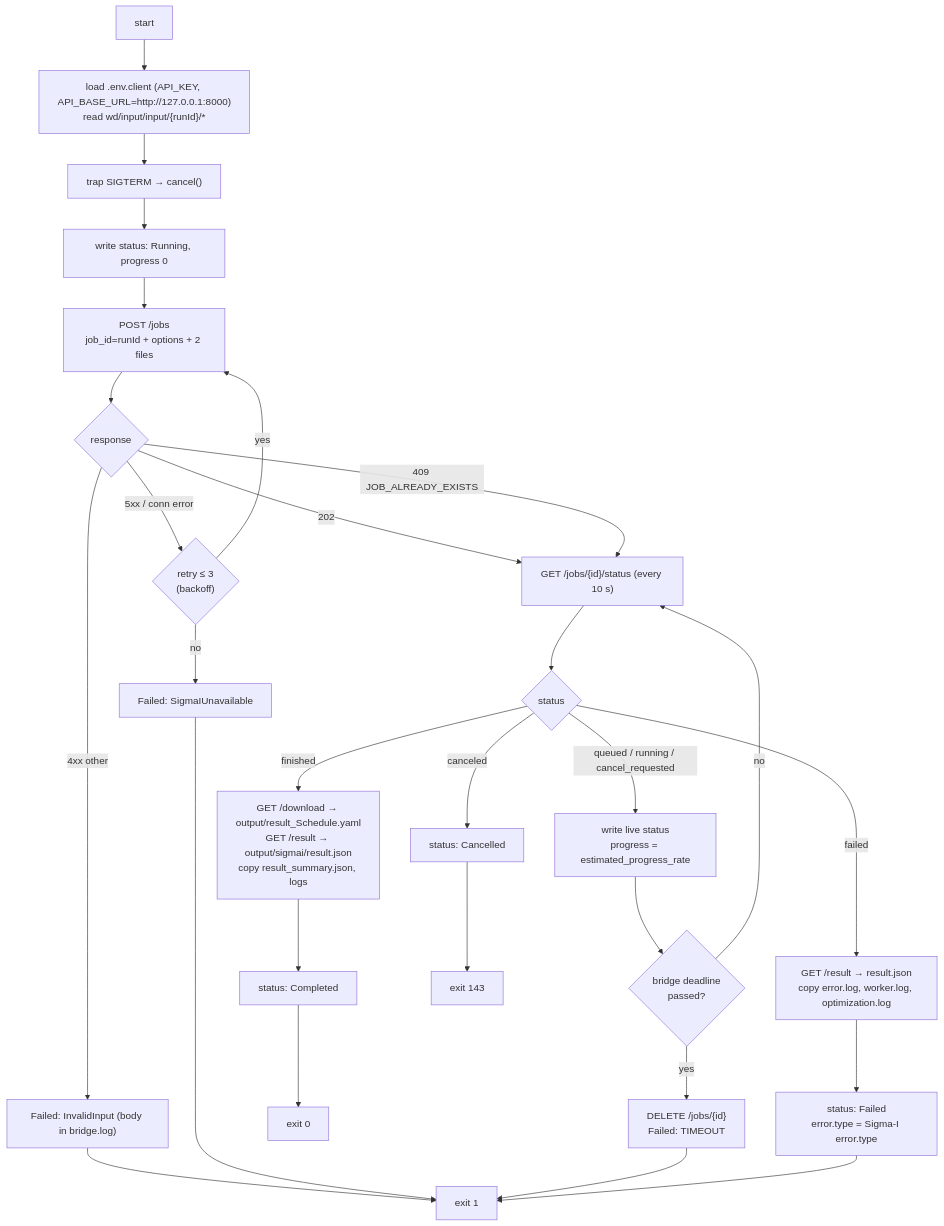
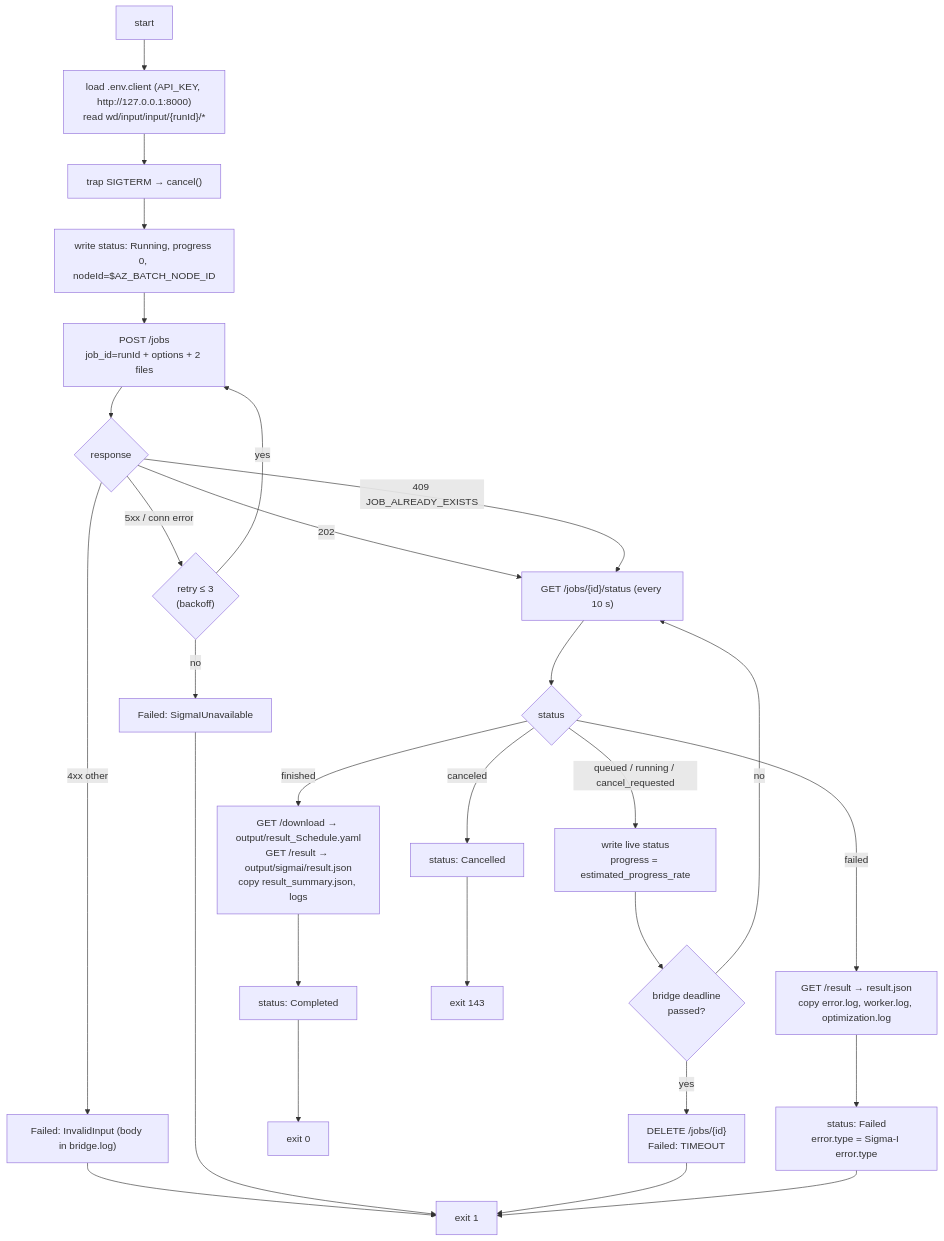
Before and after one commit to WhiTeXCharGe/TF_Testing: the seventh of 10 diagrams in SigmaI/SigmaI_Azure_DetailedDesign20261013.md, drawn with Mermaid. The commit also changed other lines of this file and 2 other files, not shown here.

````diff
--- a/SigmaI/SigmaI_Azure_DetailedDesign20261013.md
+++ b/SigmaI/SigmaI_Azure_DetailedDesign20261013.md
@@ -335,21 +573,21 @@
 ```mermaid
 flowchart TD
-    S["start"] --> L["load .env.client (API_KEY, API_BASE_URL=http://127.0.0.1:8000)<br/>read wd/input/input/{runId}/*"]
+    S["start"] --> L["load .env.client (API_KEY, http://127.0.0.1:8000)<br/>read wd/input/input/{runId}/*"]
     L --> T["trap SIGTERM → cancel()"]
-    T --> R0["write status: Running, progress 0"]
+    T --> R0["write status: Running, progress 0, nodeId=$AZ_BATCH_NODE_ID"]
     R0 --> P["POST /jobs<br/>job_id=runId + options + 2 files"]
     P --> P1{"response"}
     P1 -- "202" --> POLL
     P1 -- "409 JOB_ALREADY_EXISTS" --> POLL
     P1 -- "4xx other" --> FV["Failed: InvalidInput (body in bridge.log)"] --> X1["exit 1"]
     P1 -- "5xx / conn error" --> RETRY{"retry ≤ 3<br/>(backoff)"}
     RETRY -- yes --> P
     RETRY -- no --> FS["Failed: SigmaIUnavailable"] --> X1
     POLL["GET /jobs/{id}/status (every 10 s)"] --> M{"status"}
     M -- "queued / running / cancel_requested" --> U["write live status<br/>progress = estimated_progress_rate"] --> DL{"bridge deadline<br/>passed?"}
     DL -- no --> POLL
     DL -- yes --> CT["DELETE /jobs/{id}<br/>Failed: TIMEOUT"] --> X1
     M -- finished --> OK["GET /download → output/result_Schedule.yaml<br/>GET /result → output/sigmai/result.json<br/>copy result_summary.json, logs"] --> C["status: Completed"] --> X0["exit 0"]
     M -- failed --> FL["GET /result → result.json<br/>copy error.log, worker.log, optimization.log"] --> F["status: Failed<br/>error.type = Sigma-I error.type"] --> X1
     M -- canceled --> CA["status: Cancelled"] --> X143["exit 143"]
 ```
````
